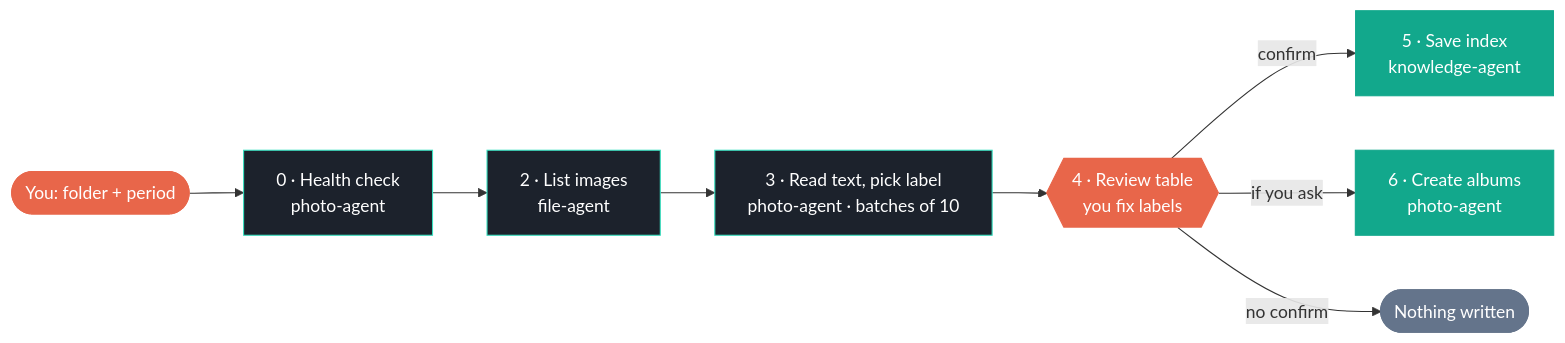
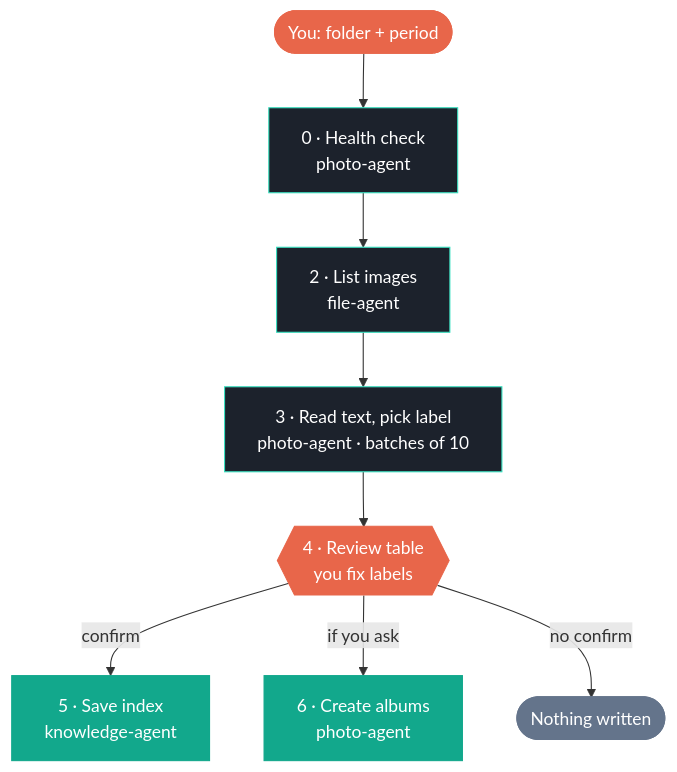
Before and after one commit to Hany-R-Mahmoud/camera-roll-paper-rescue: the diagram in README.md, drawn with Mermaid. The commit also changed other lines of this file, not shown here.

Commit message:
Make the flow chart vertical and let the pitch wrap

````diff
--- a/README.md
+++ b/README.md
@@ -59,14 +59,14 @@
 ```mermaid
-flowchart LR
+flowchart TD
     U(["You: folder + period"]):::you --> S0["0 · Health check<br/>photo-agent"]:::nas
     S0 --> S2["2 · List images<br/>file-agent"]:::nas
     S2 --> S3["3 · Read text, pick label<br/>photo-agent · batches of 10"]:::nas
     S3 --> S4{{"4 · Review table<br/>you fix labels"}}:::you
     S4 -->|confirm| S5["5 · Save index<br/>knowledge-agent"]:::write
     S4 -->|if you ask| S6["6 · Create albums<br/>photo-agent"]:::write
     S4 -->|no confirm| N(["Nothing written"]):::stop
     classDef you fill:#E8664A,stroke:#E8664A,color:#fff
     classDef nas fill:#1C222C,stroke:#38E0C0,color:#fff
     classDef write fill:#12A88C,stroke:#12A88C,color:#fff
     classDef stop fill:#64748B,stroke:#64748B,color:#fff
 ```
````
